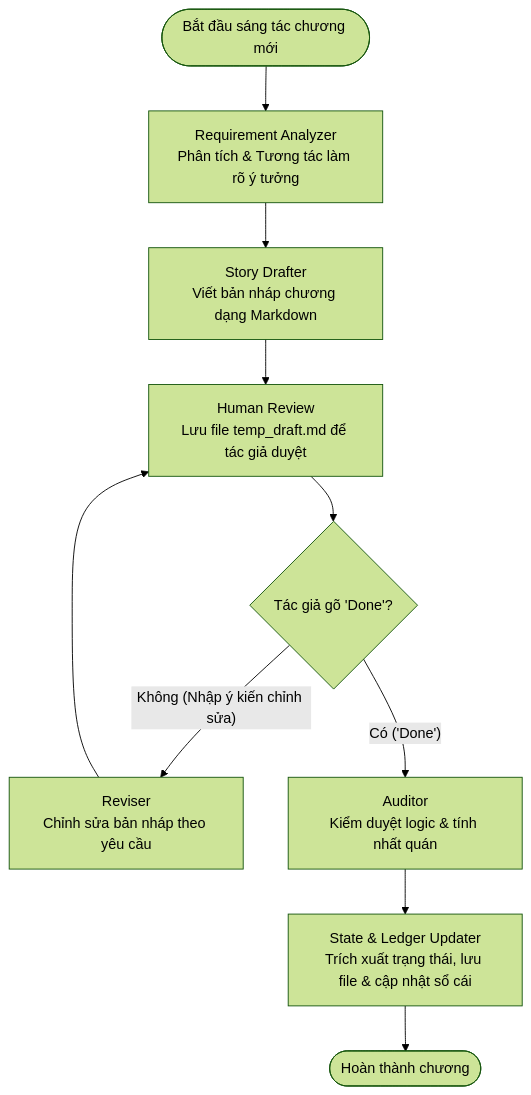
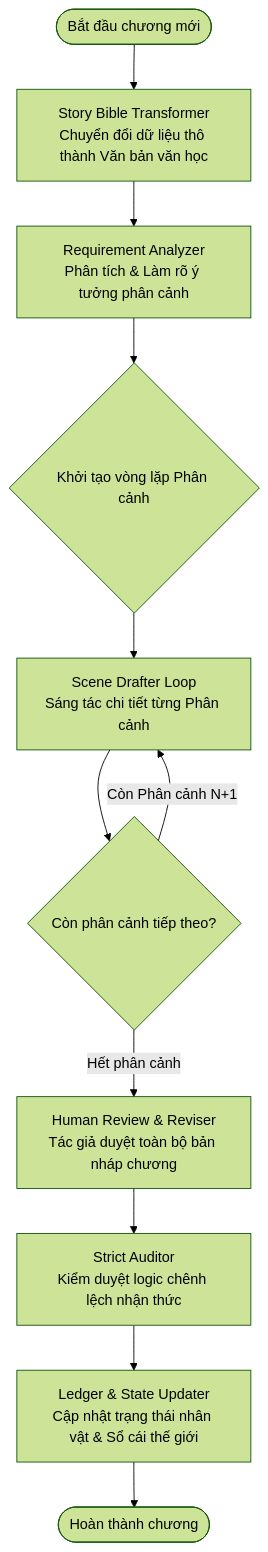
Before and after one commit to NguyenSonDuong/ChapterAgent: the diagram in GEMINI.md, drawn with Mermaid (forest theme). The commit also changed other lines of this file and 8 other files, not shown here.

Commit message:
feat: upgrade to v2 core, scene drafting, story bible and ledger updater

````diff
--- a/GEMINI.md
+++ b/GEMINI.md
@@ -70,12 +72,13 @@
 ```mermaid
 graph TD
-    Start([Bắt đầu sáng tác chương mới]) --> Node1[Requirement Analyzer<br>Phân tích & Tương tác làm rõ ý tưởng]
-    Node1 --> Node2[Story Drafter<br>Viết bản nháp chương dạng Markdown]
-    Node2 --> Node3[Human Review<br>Lưu file temp_draft.md để tác giả duyệt]
-    Node3 --> Cond{Tác giả gõ 'Done'?}
-    Cond -- Không (Nhập ý kiến chỉnh sửa) --> Node3_1[Reviser<br>Chỉnh sửa bản nháp theo yêu cầu]
-    Node3_1 --> Node3
-    Cond -- Có ('Done') --> Node4[Auditor<br>Kiểm duyệt logic & tính nhất quán]
-    Node4 --> Node5[State & Ledger Updater<br>Trích xuất trạng thái, lưu file & cập nhật sổ cái]
-    Node5 --> End([Hoàn thành chương])
+     Start([Bắt đầu chương mới]) --> Node1[Story Bible Transformer<br>Chuyển đổi dữ liệu thô thành Văn bản văn học]
+    Node1 --> Node2[Requirement Analyzer<br>Phân tích & Làm rõ ý tưởng phân cảnh]
+    Node2 --> LoopInit{Khởi tạo vòng lặp Phân cảnh}
+    LoopInit --> Node3[Scene Drafter Loop<br>Sáng tác chi tiết từng Phân cảnh]
+    Node3 --> LoopCond{Còn phân cảnh tiếp theo?}
+    LoopCond -- Còn Phân cảnh N+1 --> Node3
+    LoopCond -- Hết phân cảnh --> Node4[Human Review & Reviser<br>Tác giả duyệt toàn bộ bản nháp chương]
+    Node4 --> Node5[Strict Auditor<br>Kiểm duyệt logic chênh lệch nhận thức]
+    Node5 --> Node6[Ledger & State Updater<br>Cập nhật trạng thái nhân vật & Sổ cái thế giới]
+    Node6 --> End([Hoàn thành chương])
 ```
````
